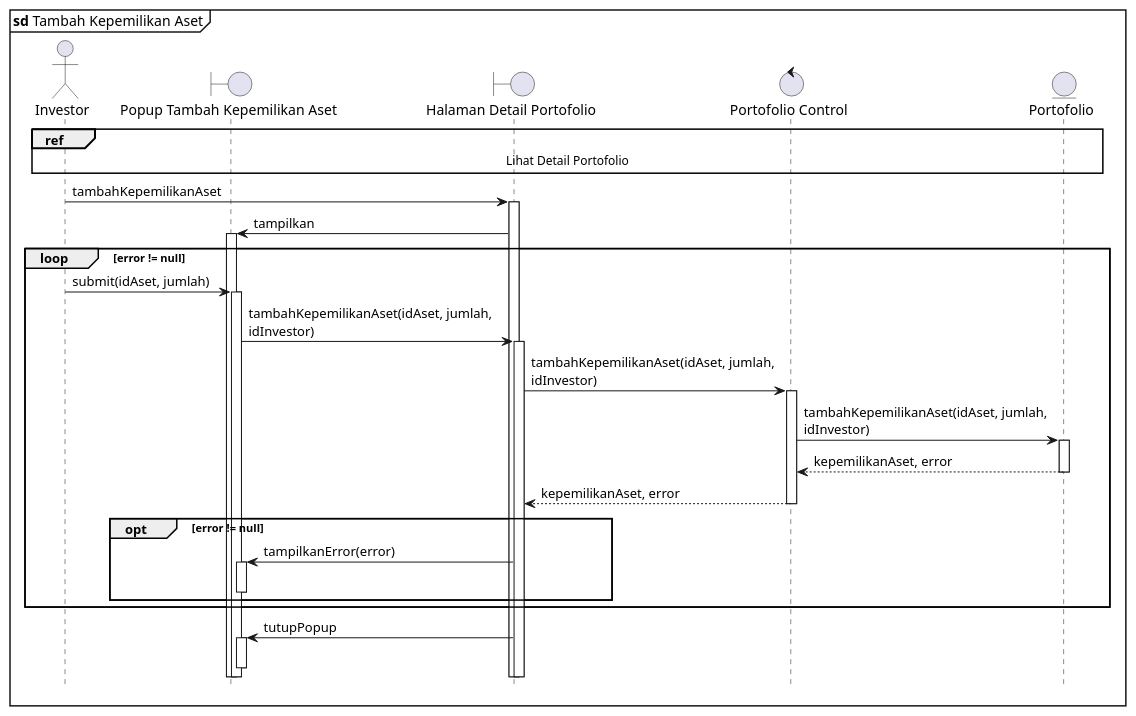
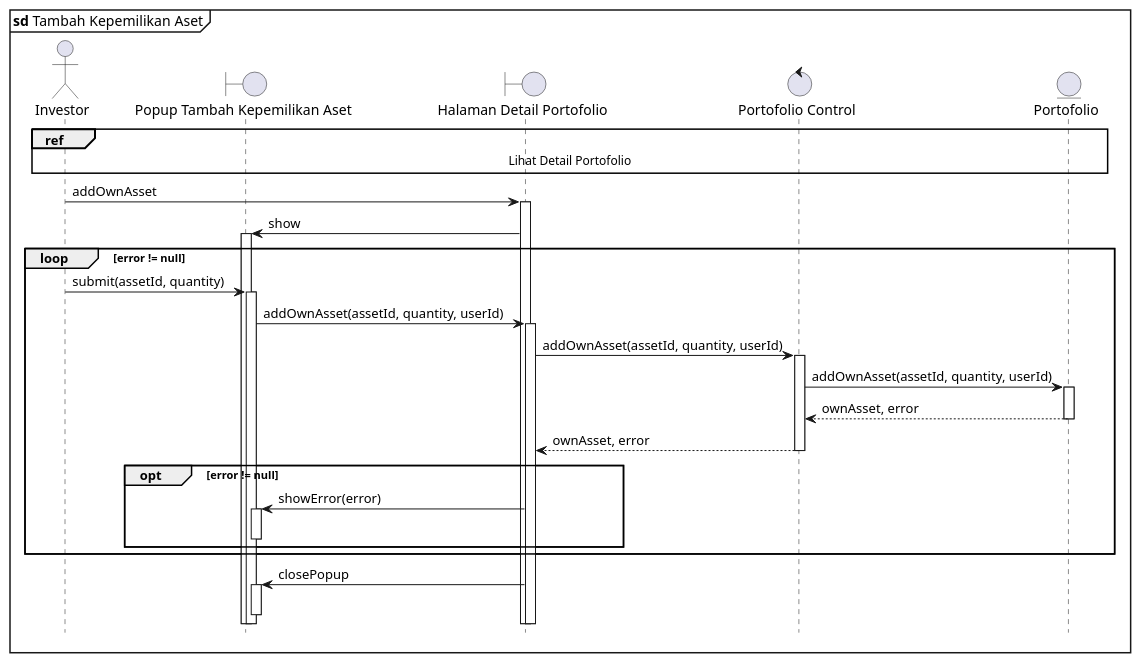
One commit to clarestarahma/manajemen-investasi changed the diagram in sequence/tambah-aset.puml. Above: the diagram before and after it, drawn with PlantUML. The commit also changed 12 other files, not shown here.

```diff
--- a/sequence/tambah-aset.puml
+++ b/sequence/tambah-aset.puml
@@ -1,37 +1,37 @@
 @startuml Sequence
 
 skinparam maxMessageSize 250
 
 hide footbox
 autoactivate on
 
 mainframe **sd** Tambah Kepemilikan Aset
 
 actor Investor as I
 boundary "Popup Tambah Kepemilikan Aset" as PTKA
 boundary "Halaman Detail Portofolio" as TDP
 control "Portofolio Control" as PC
 entity "Portofolio" as P
 
 ref over I, P : Lihat Detail Portofolio
 
-I -> TDP : tambahKepemilikanAset
-TDP -> PTKA : tampilkan
+I -> TDP : addOwnAsset
+TDP -> PTKA : show
 
 loop error != null
-  I -> PTKA : submit(idAset, jumlah)
-  PTKA -> TDP : tambahKepemilikanAset(idAset, jumlah, idInvestor)
-  TDP -> PC : tambahKepemilikanAset(idAset, jumlah, idInvestor)
-  PC -> P : tambahKepemilikanAset(idAset, jumlah, idInvestor)
-  P --> PC : kepemilikanAset, error
-  PC --> TDP : kepemilikanAset, error
+  I -> PTKA : submit(assetId, quantity)
+  PTKA -> TDP : addOwnAsset(assetId, quantity, userId)
+  TDP -> PC : addOwnAsset(assetId, quantity, userId)
+  PC -> P : addOwnAsset(assetId, quantity, userId)
+  P --> PC : ownAsset, error
+  PC --> TDP : ownAsset, error
 
   opt error != null
-    TDP -> PTKA : tampilkanError(error)
+    TDP -> PTKA : showError(error)
     deactivate PTKA
   end
 end
 
-TDP -> PTKA : tutupPopup
+TDP -> PTKA : closePopup
 deactivate PTKA
 @enduml
```
